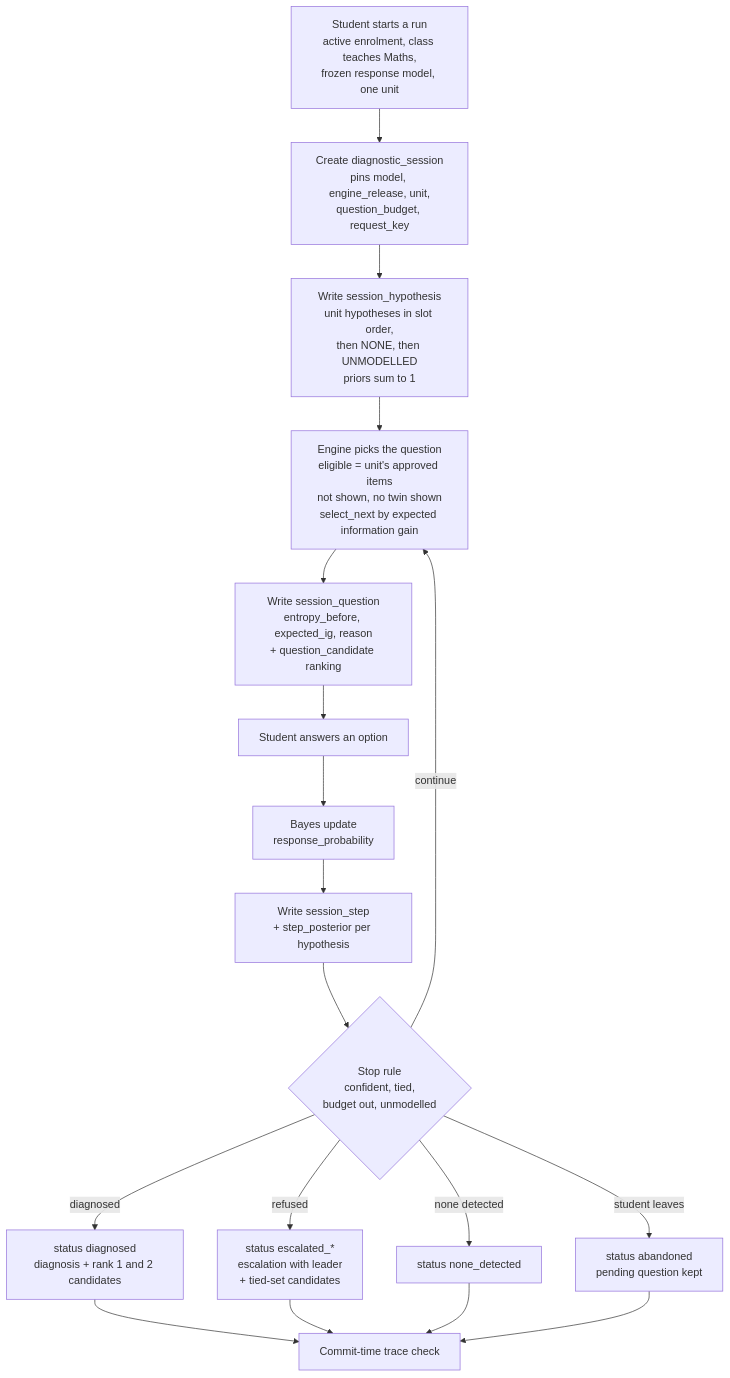
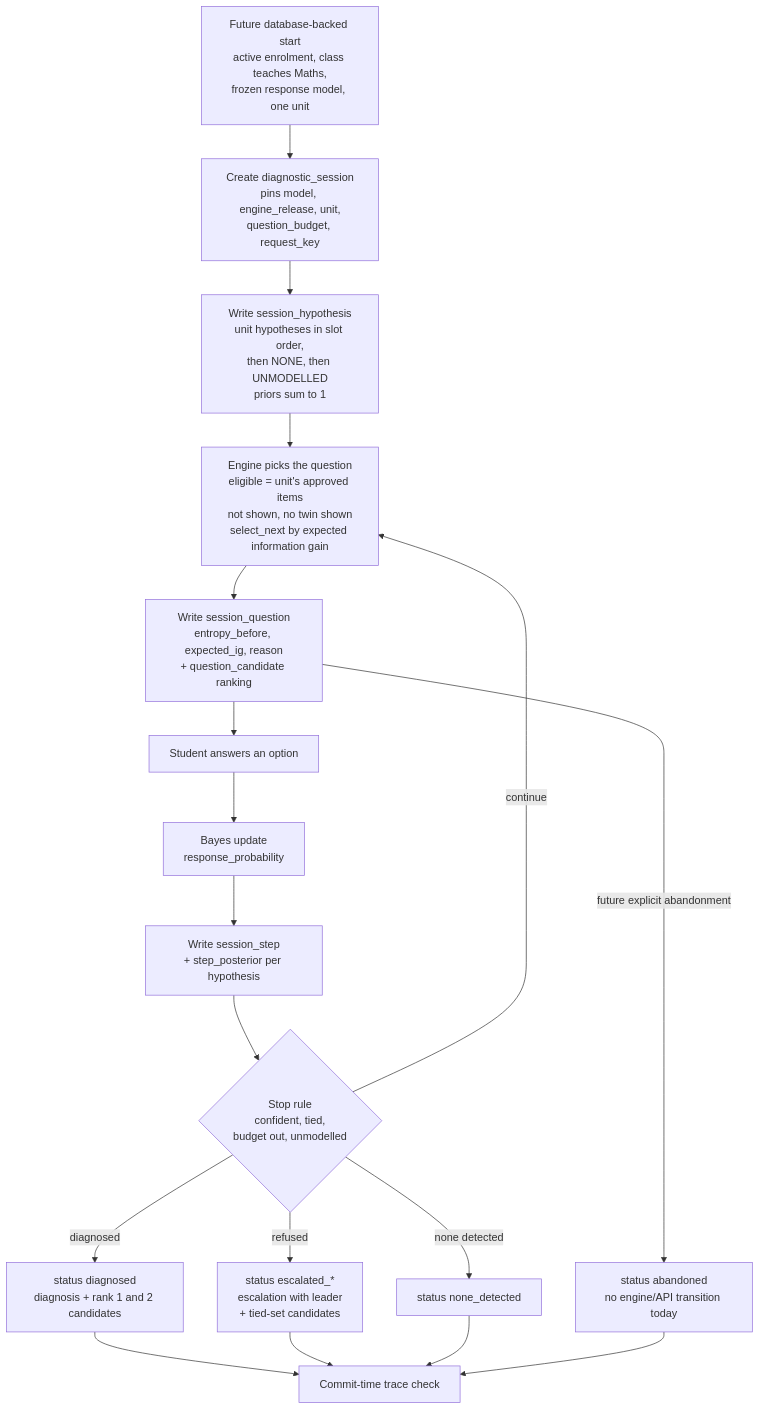
One commit to sonder-fyp/SONDER changed the fourth of 4 diagrams in docs/design/DATA_FLOW.md. Above: the diagram before and after it, drawn with Mermaid. The commit also changed other lines of this file and 1 other file, not shown here.

Commit message:
docs(design): validate current data flow against engine and schema

````diff
--- a/docs/design/DATA_FLOW.md
+++ b/docs/design/DATA_FLOW.md
@@ -69,20 +87,20 @@
 ```mermaid
 flowchart TD
-    S["Student starts a run<br/>active enrolment, class teaches Maths,<br/>frozen response model, one unit"] --> D1["Create diagnostic_session<br/>pins model, engine_release, unit,<br/>question_budget, request_key"]
+    S["Future database-backed start<br/>active enrolment, class teaches Maths,<br/>frozen response model, one unit"] --> D1["Create diagnostic_session<br/>pins model, engine_release, unit,<br/>question_budget, request_key"]
     D1 --> D2["Write session_hypothesis<br/>unit hypotheses in slot order,<br/>then NONE, then UNMODELLED<br/>priors sum to 1"]
     D2 --> Q1["Engine picks the question<br/>eligible = unit's approved items<br/>not shown, no twin shown<br/>select_next by expected information gain"]
     Q1 --> Q2["Write session_question<br/>entropy_before, expected_ig, reason<br/>+ question_candidate ranking"]
     Q2 --> A1["Student answers an option"]
     A1 --> U["Bayes update<br/>response_probability"]
     U --> W["Write session_step<br/>+ step_posterior per hypothesis"]
     W --> X{"Stop rule<br/>confident, tied,<br/>budget out, unmodelled"}
     X -- continue --> Q1
     X -- diagnosed --> R1["status diagnosed<br/>diagnosis + rank 1 and 2 candidates"]
     X -- none detected --> R3["status none_detected"]
     X -- refused --> R2["status escalated_*<br/>escalation with leader<br/>+ tied-set candidates"]
-    X -- student leaves --> R4["status abandoned<br/>pending question kept"]
+    Q2 -- future explicit abandonment --> R4["status abandoned<br/>no engine/API transition today"]
     R1 --> C["Commit-time trace check"]
     R2 --> C
     R3 --> C
     R4 --> C
 ```
````
